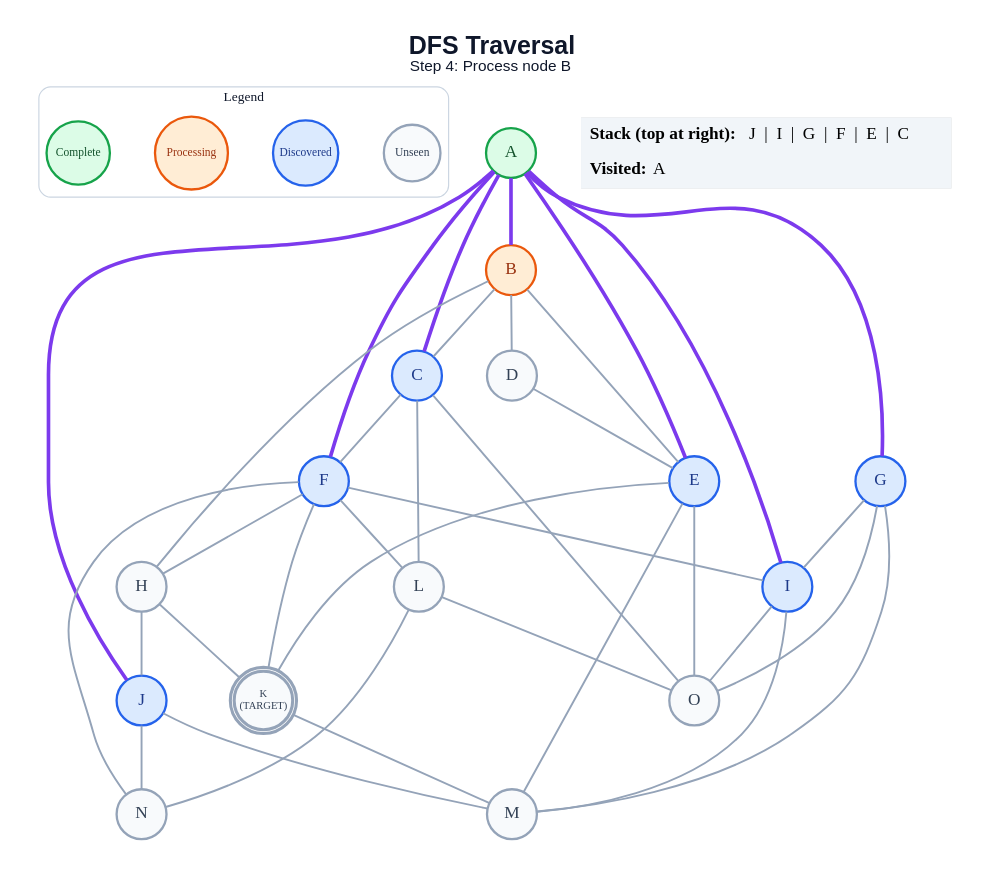
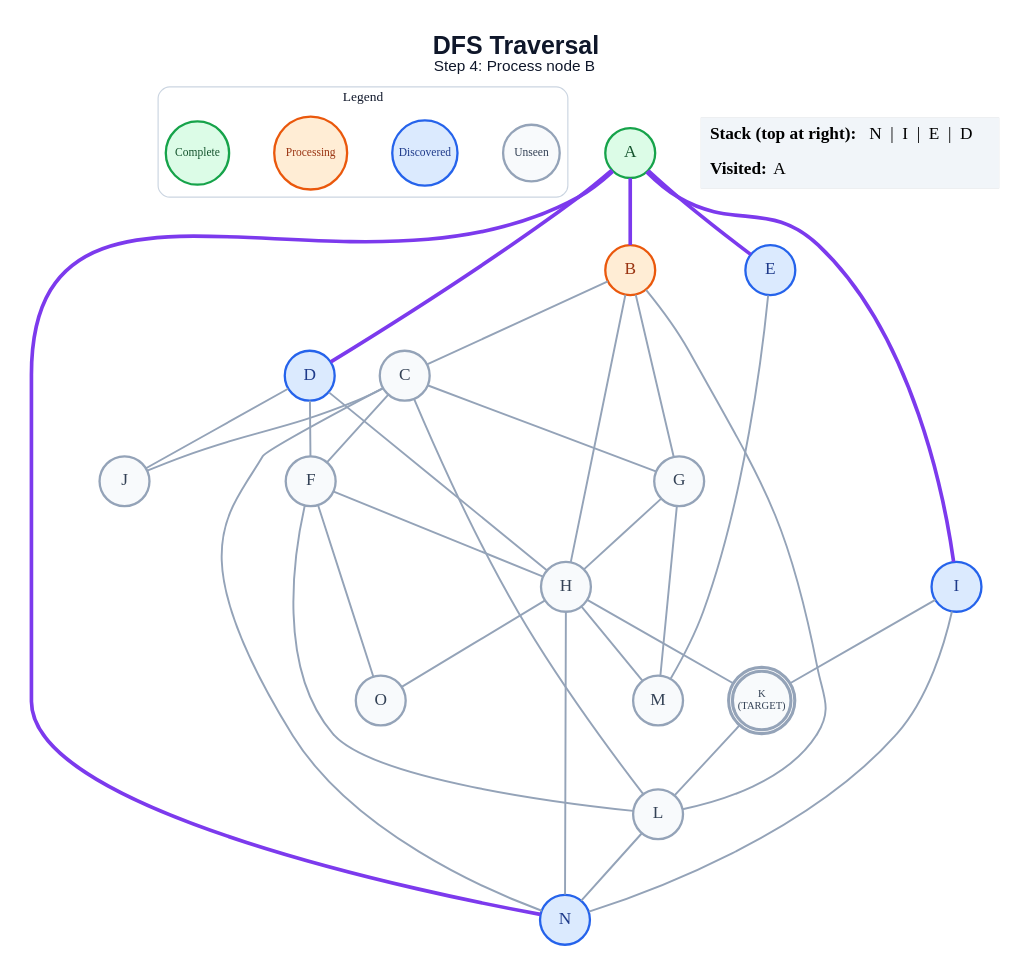
One commit to anon7238593-create/ai-slop changed the diagram in generated/specific-node/dfs/step_04.dot. Above: the diagram before and after it, drawn with Graphviz. The commit also changed 286 other files, not shown here.

```diff
--- a/generated/specific-node/dfs/step_04.dot
+++ b/generated/specific-node/dfs/step_04.dot
@@ -1,69 +1,65 @@
 graph traversal {
   graph [layout=dot, rankdir=TB, bgcolor="#FFFFFF", pad="0.35", nodesep="0.65", ranksep="0.8", fontname="Arial"];
   node [shape=circle, style="filled", fontname="Arial Bold", fontsize=18, width=0.72, fixedsize=true, penwidth=2.4];
   edge [color="#94A3B8", penwidth=2.0];
   label=<<B>DFS Traversal</B><BR/><FONT POINT-SIZE="16">Step 4: Process node B</FONT>>; labelloc="t"; fontsize=26; fontname="Arial"; fontcolor="#0F172A";
   subgraph cluster_legend { label="Legend"; color="#CBD5E1"; penwidth=1.2; style="rounded"; fontsize=14; fontname="Arial Bold";
     key_unseen [label="Unseen", fillcolor="#F8FAFC", color="#94A3B8", fontcolor="#334155", fontsize=12, width=0.82];
     key_frontier [label="Discovered", fillcolor="#DBEAFE", color="#2563EB", fontcolor="#1E3A8A", fontsize=12, width=0.95];
     key_current [label="Processing", fillcolor="#FFEDD5", color="#EA580C", fontcolor="#9A3412", fontsize=12, width=1.05];
     key_done [label="Complete", fillcolor="#DCFCE7", color="#16A34A", fontcolor="#14532D", fontsize=12, width=0.92];
     { rank=same; key_unseen; key_frontier; key_current; key_done; }
   }
   A [label="A", fillcolor="#DCFCE7", color="#16A34A", fontcolor="#14532D", peripheries=1, penwidth=2.4];
   B [label="B", fillcolor="#FFEDD5", color="#EA580C", fontcolor="#9A3412", peripheries=1, penwidth=2.4];
-  C [label="C", fillcolor="#DBEAFE", color="#2563EB", fontcolor="#1E3A8A", peripheries=1, penwidth=2.4];
-  D [label="D", fillcolor="#F8FAFC", color="#94A3B8", fontcolor="#334155", peripheries=1, penwidth=2.4];
+  C [label="C", fillcolor="#F8FAFC", color="#94A3B8", fontcolor="#334155", peripheries=1, penwidth=2.4];
+  D [label="D", fillcolor="#DBEAFE", color="#2563EB", fontcolor="#1E3A8A", peripheries=1, penwidth=2.4];
   E [label="E", fillcolor="#DBEAFE", color="#2563EB", fontcolor="#1E3A8A", peripheries=1, penwidth=2.4];
-  F [label="F", fillcolor="#DBEAFE", color="#2563EB", fontcolor="#1E3A8A", peripheries=1, penwidth=2.4];
-  G [label="G", fillcolor="#DBEAFE", color="#2563EB", fontcolor="#1E3A8A", peripheries=1, penwidth=2.4];
+  F [label="F", fillcolor="#F8FAFC", color="#94A3B8", fontcolor="#334155", peripheries=1, penwidth=2.4];
+  G [label="G", fillcolor="#F8FAFC", color="#94A3B8", fontcolor="#334155", peripheries=1, penwidth=2.4];
   H [label="H", fillcolor="#F8FAFC", color="#94A3B8", fontcolor="#334155", peripheries=1, penwidth=2.4];
   I [label="I", fillcolor="#DBEAFE", color="#2563EB", fontcolor="#1E3A8A", peripheries=1, penwidth=2.4];
-  J [label="J", fillcolor="#DBEAFE", color="#2563EB", fontcolor="#1E3A8A", peripheries=1, penwidth=2.4];
+  J [label="J", fillcolor="#F8FAFC", color="#94A3B8", fontcolor="#334155", peripheries=1, penwidth=2.4];
   K [label="K\n(TARGET)", fillcolor="#F8FAFC", color="#94A3B8", fontcolor="#334155", peripheries=2, penwidth=3.2, fontsize=11, width=0.85, height=0.85];
   L [label="L", fillcolor="#F8FAFC", color="#94A3B8", fontcolor="#334155", peripheries=1, penwidth=2.4];
   M [label="M", fillcolor="#F8FAFC", color="#94A3B8", fontcolor="#334155", peripheries=1, penwidth=2.4];
-  N [label="N", fillcolor="#F8FAFC", color="#94A3B8", fontcolor="#334155", peripheries=1, penwidth=2.4];
+  N [label="N", fillcolor="#DBEAFE", color="#2563EB", fontcolor="#1E3A8A", peripheries=1, penwidth=2.4];
   O [label="O", fillcolor="#F8FAFC", color="#94A3B8", fontcolor="#334155", peripheries=1, penwidth=2.4];
   A -- B [color="#7C3AED", penwidth=3.8];
-  A -- C [color="#7C3AED", penwidth=3.8];
+  A -- D [color="#7C3AED", penwidth=3.8];
   A -- E [color="#7C3AED", penwidth=3.8];
-  A -- F [color="#7C3AED", penwidth=3.8];
-  A -- G [color="#7C3AED", penwidth=3.8];
   A -- I [color="#7C3AED", penwidth=3.8];
-  A -- J [color="#7C3AED", penwidth=3.8];
+  A -- N [color="#7C3AED", penwidth=3.8];
   B -- C;
-  B -- D;
-  B -- E;
+  B -- G;
   B -- H;
+  B -- L;
   C -- F;
+  C -- G;
+  C -- J;
   C -- L;
-  C -- O;
-  D -- E;
-  E -- K;
+  C -- N;
+  D -- F;
+  D -- H;
+  D -- J;
   E -- M;
-  E -- O;
   F -- H;
-  F -- I;
-  F -- K;
   F -- L;
-  F -- N;
-  G -- I;
+  F -- O;
+  G -- H;
   G -- M;
-  G -- O;
-  H -- J;
   H -- K;
-  I -- M;
-  I -- O;
-  J -- M;
-  J -- N;
-  K -- M;
+  H -- M;
+  H -- N;
+  H -- O;
+  I -- K;
+  I -- N;
+  K -- L;
   L -- N;
-  L -- O;
   status [shape=plain, fixedsize=false, width=0, height=0, margin=0, label=<
     <TABLE BORDER="0" CELLBORDER="0" CELLPADDING="7" BGCOLOR="#F1F5F9">
-      <TR><TD ALIGN="LEFT"><B>Stack (top at right):</B> J  |  I  |  G  |  F  |  E  |  C</TD></TR>
+      <TR><TD ALIGN="LEFT"><B>Stack (top at right):</B> N  |  I  |  E  |  D</TD></TR>
       <TR><TD ALIGN="LEFT"><B>Visited:</B> A</TD></TR>
     </TABLE>
   >];
 }
```
